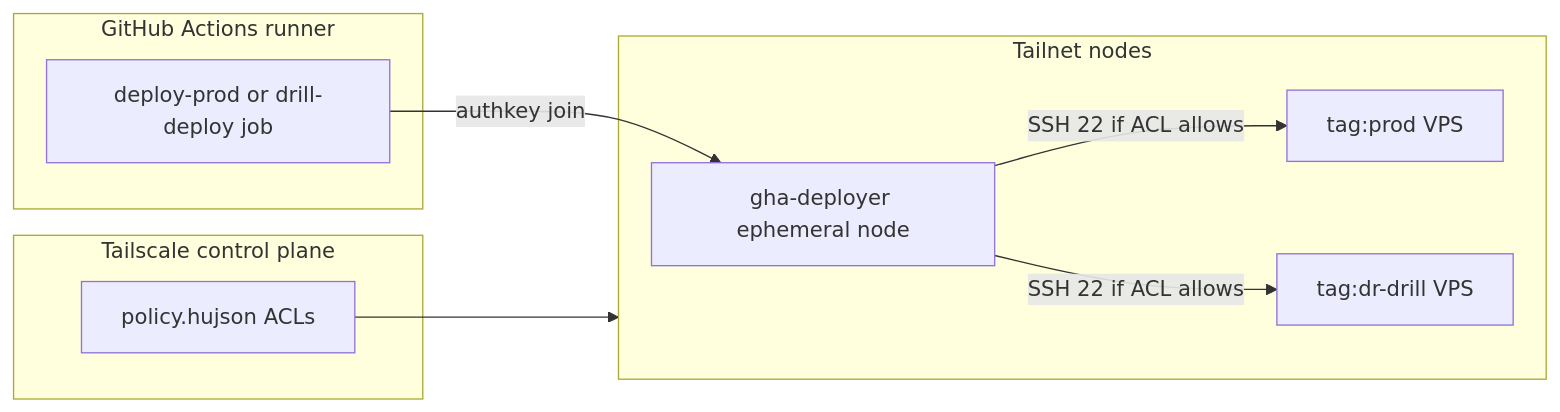
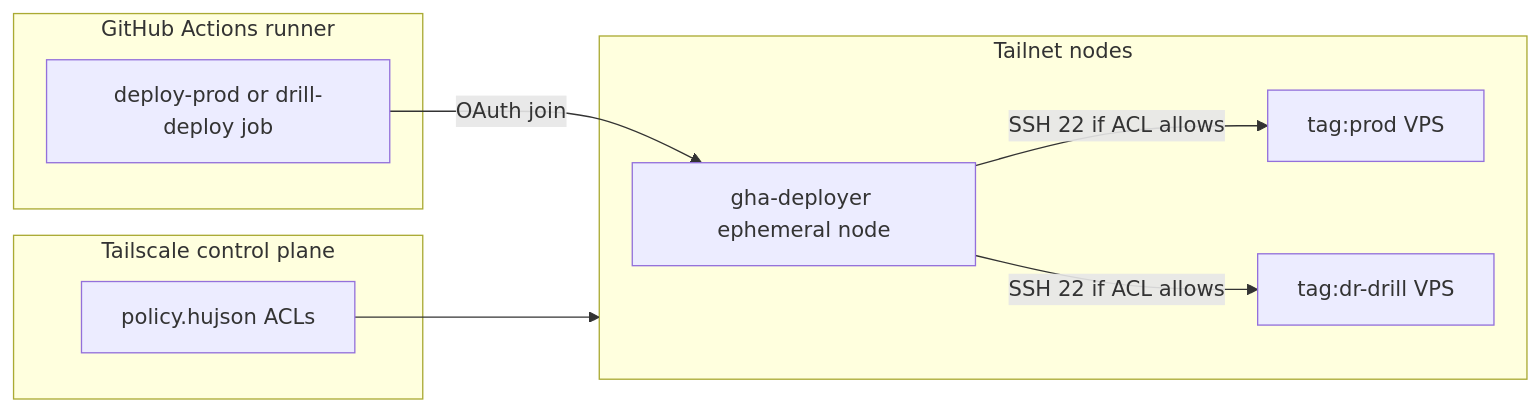
Before and after one commit to chipi/podcast_scraper: the second of 6 diagrams in docs/architecture/HOSTING_AND_INFRASTRUCTURE.md, drawn with Mermaid. The commit also changed other lines of this file and 3 other files, not shown here.

````diff
--- a/docs/architecture/HOSTING_AND_INFRASTRUCTURE.md
+++ b/docs/architecture/HOSTING_AND_INFRASTRUCTURE.md
@@ -115,21 +115,21 @@
 ```mermaid
 flowchart LR
   subgraph actions["GitHub Actions runner"]
     JOB["deploy-prod or drill-deploy job"]
   end
 
   subgraph ts["Tailscale control plane"]
     ACL["policy.hujson ACLs"]
   end
 
   subgraph hosts["Tailnet nodes"]
     GHA["gha-deployer ephemeral node"]
     PROD["tag:prod VPS"]
     DRILL["tag:dr-drill VPS"]
   end
 
-  JOB -->|"authkey join"| GHA
+  JOB -->|"OAuth join"| GHA
   ACL --> hosts
   GHA -->|"SSH 22 if ACL allows"| PROD
   GHA -->|"SSH 22 if ACL allows"| DRILL
 ```
````
